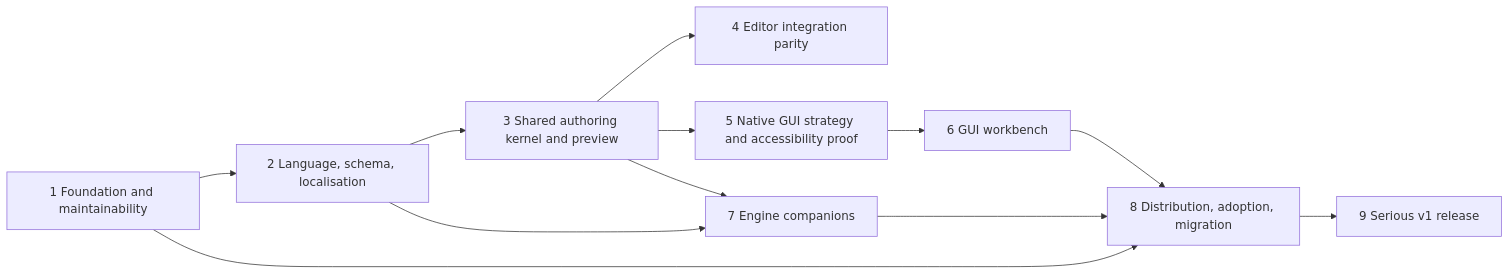
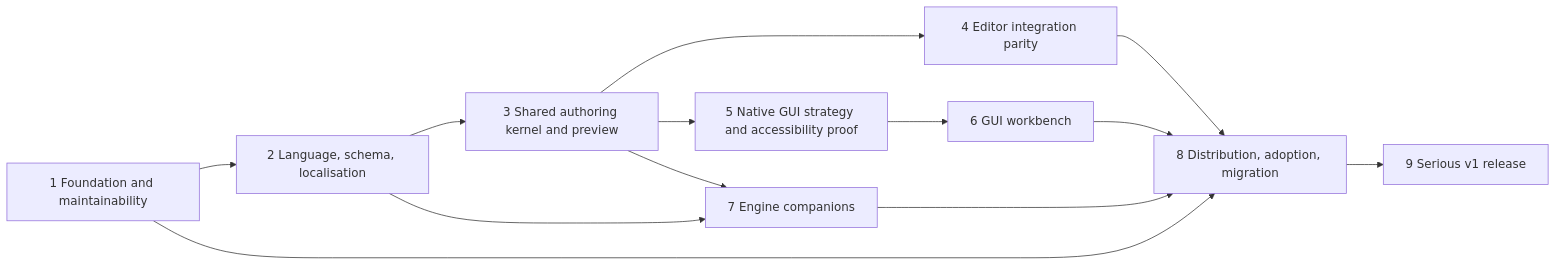
Before and after one commit to plethu/recite: the diagram in docs/roadmap.md, drawn with Mermaid.

Commit message:
[REC-163] docs: connect editor parity release gate

````diff
--- a/docs/roadmap.md
+++ b/docs/roadmap.md
@@ -44,14 +44,15 @@
 ```mermaid
 flowchart LR
   foundation["1 Foundation and maintainability"] --> language["2 Language, schema, localisation"]
   language --> kernel["3 Shared authoring kernel and preview"]
   kernel --> editors["4 Editor integration parity"]
   kernel --> bakeoff["5 Native GUI strategy and accessibility proof"]
   bakeoff --> workbench["6 GUI workbench"]
   kernel --> companions["7 Engine companions"]
   language --> companions
   workbench --> distribution["8 Distribution, adoption, migration"]
   companions --> distribution
+  editors --> distribution
   distribution --> release["9 Serious v1 release"]
   foundation --> distribution
 ```
````
